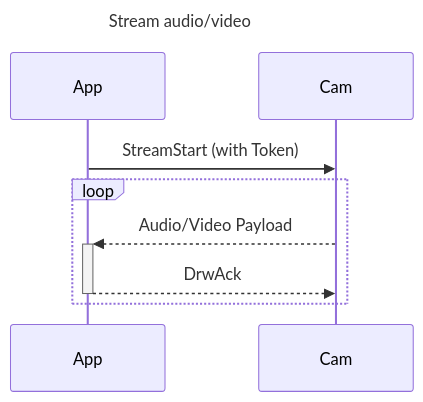
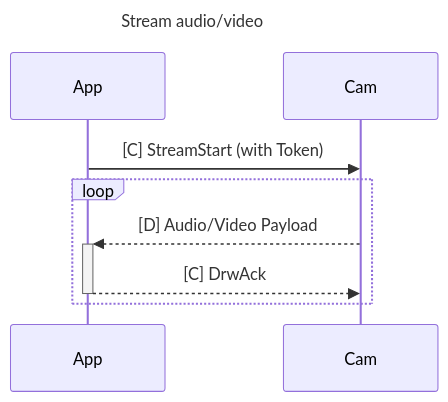
The second of 2 diagrams in README.md (DavidVentura/cam-reverse), drawn with Mermaid before and after one commit. The commit also changed other lines of this file, not shown here.

````diff
--- a/README.md
+++ b/README.md
@@ -73,13 +76,13 @@
 ```mermaid
 ---
 title: Stream audio/video
 ---
 
 sequenceDiagram
-    App->>Cam: StreamStart (with Token)
+    App->>Cam: [C] StreamStart (with Token)
    
    loop
-        Cam-->>+App: Audio/Video Payload
-        App-->>-Cam: DrwAck
+        Cam-->>+App: [D] Audio/Video Payload
+        App-->>-Cam: [C] DrwAck
     end
 ```
````
